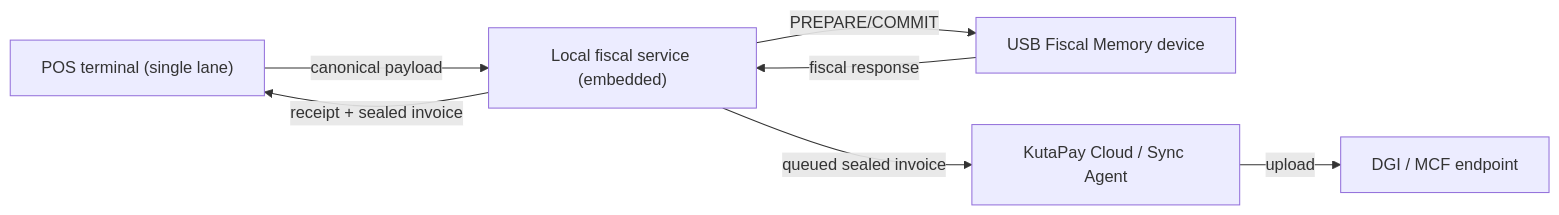
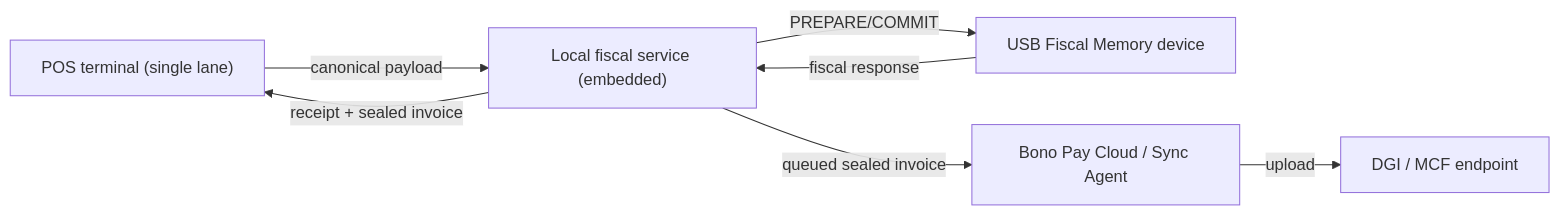
The first of 3 diagrams in design/docs/pos/multi-terminal.md (kupapay/docs), drawn with Mermaid before and after one commit. The commit also changed other lines of this file and 21 other files, not shown here.

Commit message:
docs: rename product from KutaPay to Bono Pay across all docs and diagrams

````diff
--- a/design/docs/pos/multi-terminal.md
+++ b/design/docs/pos/multi-terminal.md
@@ -48,15 +48,15 @@
 ```mermaid
 graph LR
     POS["POS terminal (single lane)"]
     FISCAL["Local fiscal service (embedded)"]
     USB["USB Fiscal Memory device"]
-    CLOUD["KutaPay Cloud / Sync Agent"]
+    CLOUD["Bono Pay Cloud / Sync Agent"]
     DGI["DGI / MCF endpoint"]
 
     POS -->|canonical payload| FISCAL
     FISCAL -->|PREPARE/COMMIT| USB
     USB -->|fiscal response| FISCAL
     FISCAL -->|receipt + sealed invoice| POS
     FISCAL -->|queued sealed invoice| CLOUD
     CLOUD -->|upload| DGI
 ```
````
